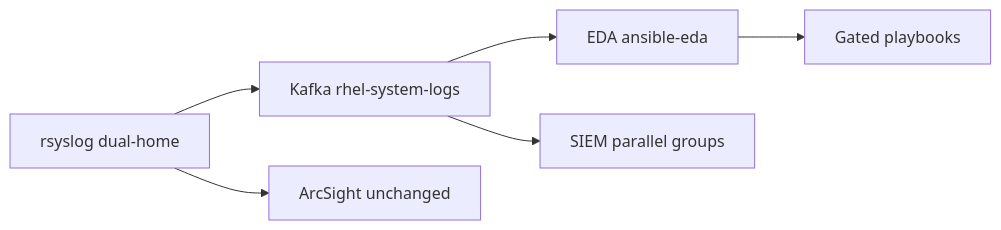
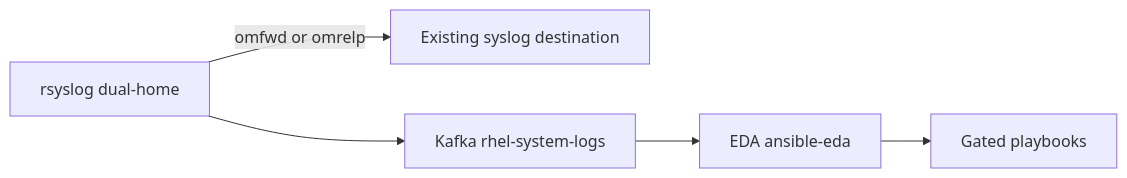
The diagram in docs/deployment/event-driven-ansible.md (chrismulderza/logstream-kafka-eda-ai), drawn with Mermaid before and after one commit. The commit also changed other lines of this file and 26 other files, not shown here.

````diff
--- a/docs/deployment/event-driven-ansible.md
+++ b/docs/deployment/event-driven-ansible.md
@@ -20,14 +20,12 @@
 ```mermaid
 flowchart LR
   rsyslog[rsyslog dual-home]
+  existing[Existing syslog destination]
   kafka[Kafka rhel-system-logs]
   eda[EDA ansible-eda]
   pb[Gated playbooks]
-  siem[SIEM parallel groups]
-  arcsight[ArcSight unchanged]
-  rsyslog --> arcsight
+  rsyslog -->|"omfwd or omrelp"| existing
   rsyslog --> kafka
   kafka --> eda
-  kafka --> siem
   eda --> pb
 ```
````
